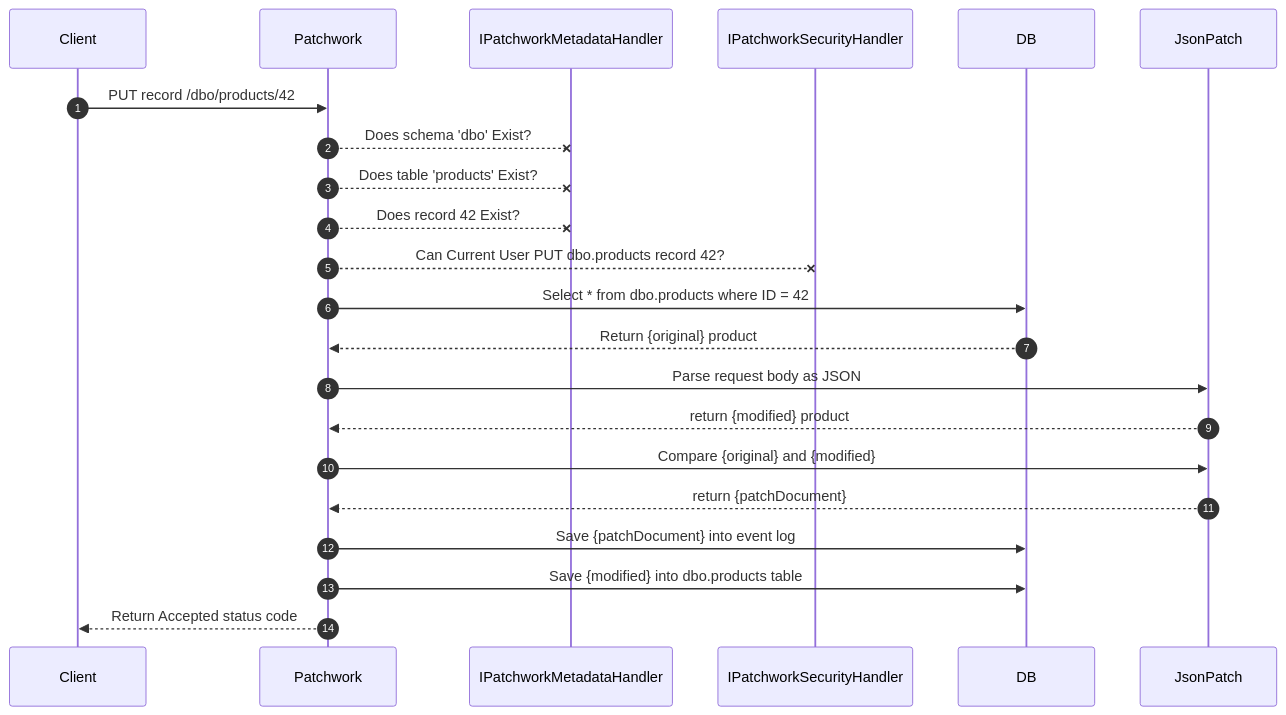
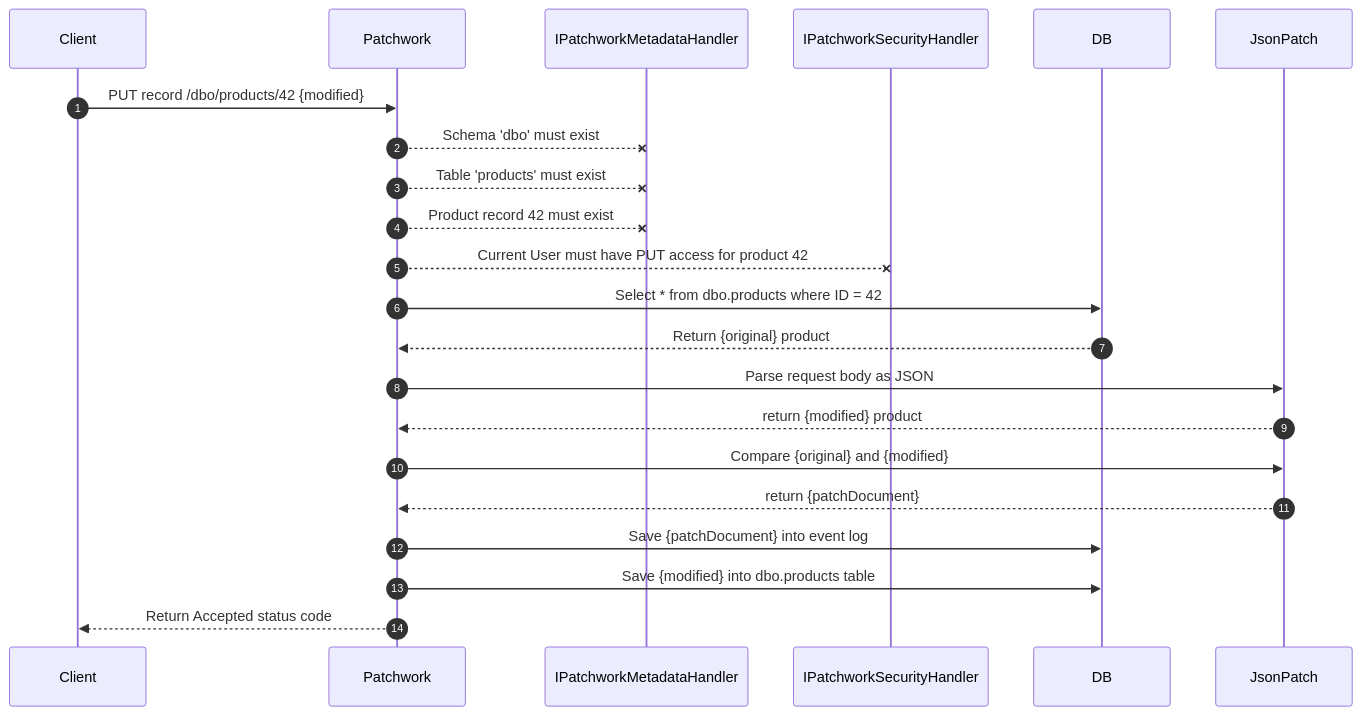
The diagram in Docs/Put-Record.md (3w3r/Patchwork), drawn with Mermaid before and after one commit. The commit also changed other lines of this file and 11 other files, not shown here.

````diff
--- a/Docs/Put-Record.md
+++ b/Docs/Put-Record.md
@@ -95,22 +94,23 @@
 ```mermaid
 sequenceDiagram
   autonumber
-  Client ->> Patchwork : PUT record /dbo/products/42
-  Patchwork --x IPatchworkMetadataHandler : Does schema 'dbo' Exist?
-  Patchwork --x IPatchworkMetadataHandler : Does table 'products' Exist?
-  Patchwork --x IPatchworkMetadataHandler : Does record 42 Exist?
-  Patchwork --x IPatchworkSecurityHandler : Can Current User PUT dbo.products record 42?
+  Client ->> Patchwork : PUT record /dbo/products/42 {modified}
+  Patchwork --x IPatchworkMetadataHandler : Schema 'dbo' must exist
+  Patchwork --x IPatchworkMetadataHandler : Table 'products' must exist
+  Patchwork --x IPatchworkMetadataHandler : Product record 42 must exist
+  Patchwork --x IPatchworkSecurityHandler : Current User must have PUT access for product 42
+
   Patchwork ->> DB : Select * from dbo.products where ID = 42
   DB -->> Patchwork : Return {original} product
 
   Patchwork ->> JsonPatch : Parse request body as JSON
   JsonPatch -->> Patchwork : return {modified} product
 
   Patchwork ->> JsonPatch : Compare {original} and {modified}
   JsonPatch -->> Patchwork : return {patchDocument}
 
   Patchwork ->> DB : Save {patchDocument} into event log
   Patchwork ->> DB : Save {modified} into dbo.products table
 
   Patchwork -->> Client : Return Accepted status code
 ```
````
